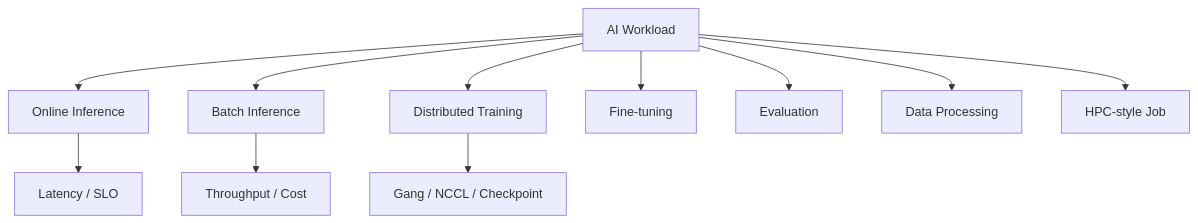
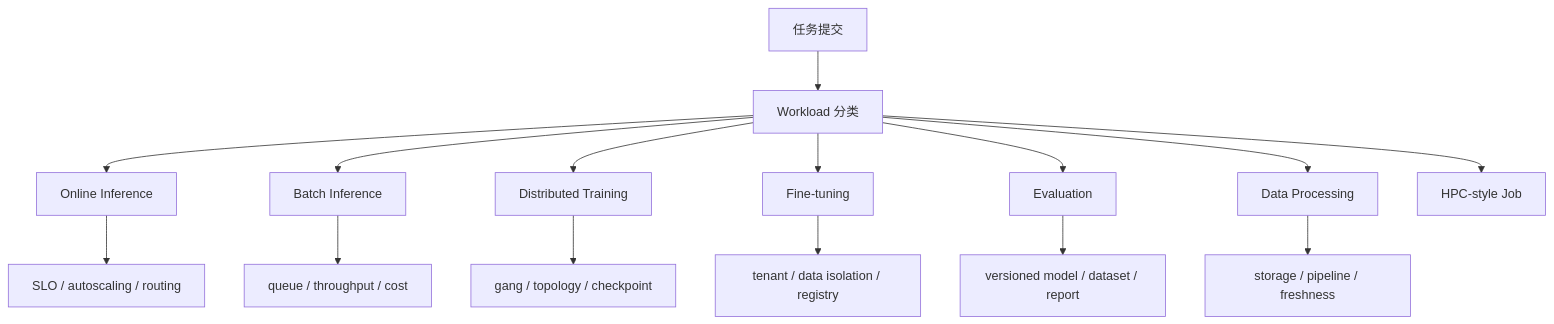
Before and after one commit to ikingye/ai-factory-engineering: the first of 2 diagrams in docs/part-05-orchestration/chapter-20-ai-workloads.md, drawn with Mermaid. The commit also changed other lines of this file and 2 other files, not shown here.

````diff
--- a/docs/part-05-orchestration/chapter-20-ai-workloads.md
+++ b/docs/part-05-orchestration/chapter-20-ai-workloads.md
@@ -21,13 +43,17 @@
 ```mermaid
 flowchart TB
-  Workload["AI Workload"] --> Online["Online Inference"]
-  Workload --> Batch["Batch Inference"]
-  Workload --> Train["Distributed Training"]
-  Workload --> Tune["Fine-tuning"]
-  Workload --> Eval["Evaluation"]
-  Workload --> Data["Data Processing"]
-  Workload --> HPC["HPC-style Job"]
-  Online --> SLO["Latency / SLO"]
-  Train --> Gang["Gang / NCCL / Checkpoint"]
-  Batch --> Throughput["Throughput / Cost"]
+  Submit["任务提交"] --> Classify["Workload 分类"]
+  Classify --> Online["Online Inference"]
+  Classify --> Batch["Batch Inference"]
+  Classify --> Train["Distributed Training"]
+  Classify --> Tune["Fine-tuning"]
+  Classify --> Eval["Evaluation"]
+  Classify --> Data["Data Processing"]
+  Classify --> HPC["HPC-style Job"]
+  Online --> SLO["SLO / autoscaling / routing"]
+  Batch --> Queue["queue / throughput / cost"]
+  Train --> Gang["gang / topology / checkpoint"]
+  Tune --> Tenant["tenant / data isolation / registry"]
+  Eval --> Repro["versioned model / dataset / report"]
+  Data --> Storage["storage / pipeline / freshness"]
 ```
````
